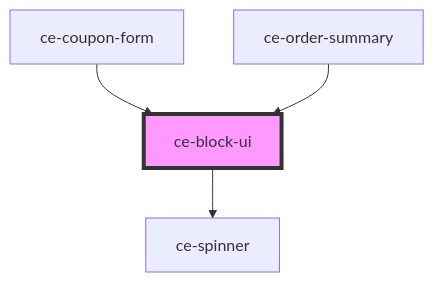
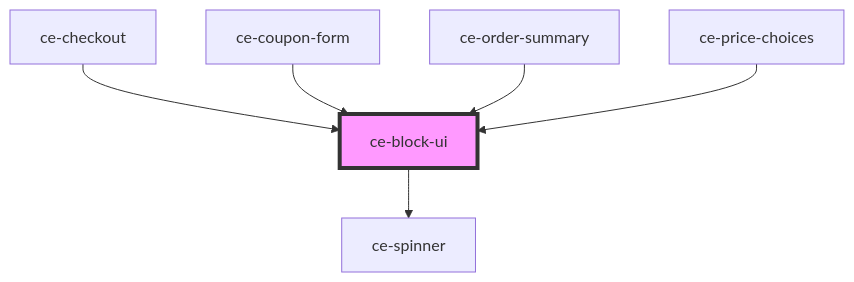
Before and after one commit to surecart/surecart-wp-plugin: the diagram in packages/components/src/components/ui/block-ui/readme.md, drawn with Mermaid. The commit also changed other lines of this file and 150 other files, not shown here.

````diff
--- a/packages/components/src/components/ui/block-ui/readme.md
+++ b/packages/components/src/components/ui/block-ui/readme.md
@@ -20,7 +29,9 @@
 ```mermaid
 graph TD;
   ce-block-ui --> ce-spinner
+  ce-checkout --> ce-block-ui
   ce-coupon-form --> ce-block-ui
   ce-order-summary --> ce-block-ui
+  ce-price-choices --> ce-block-ui
   style ce-block-ui fill:#f9f,stroke:#333,stroke-width:4px
 ```
````
